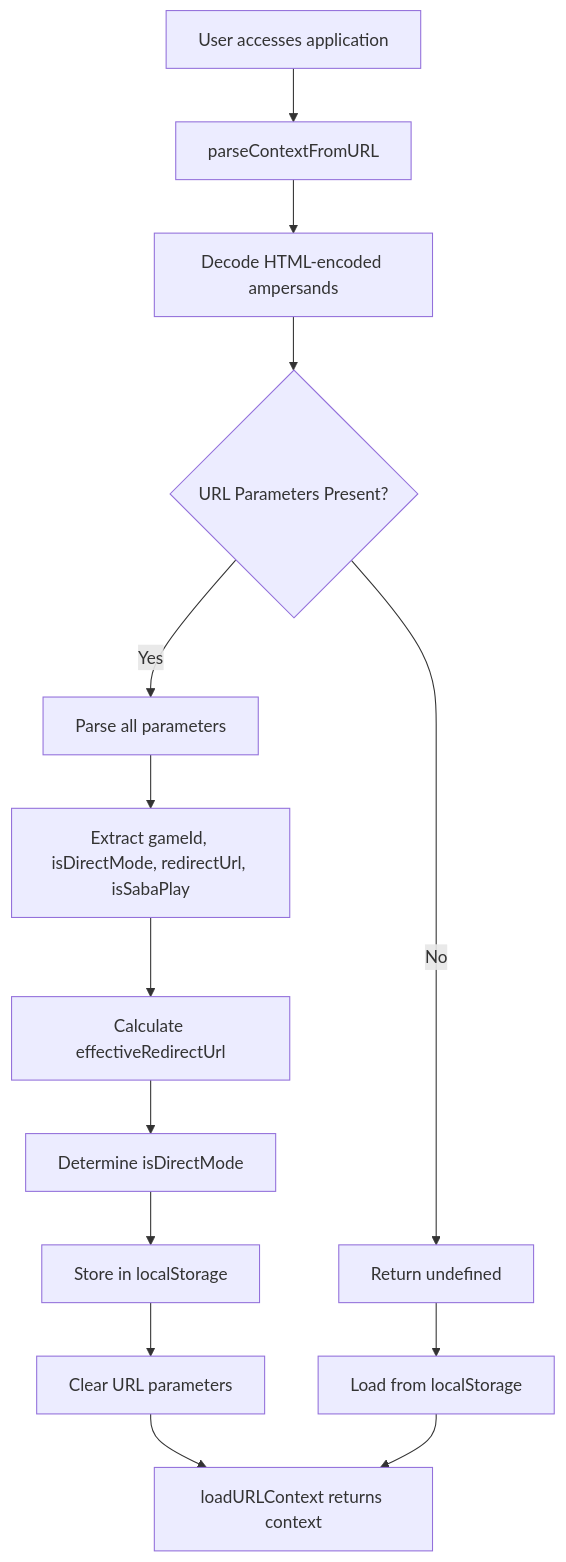
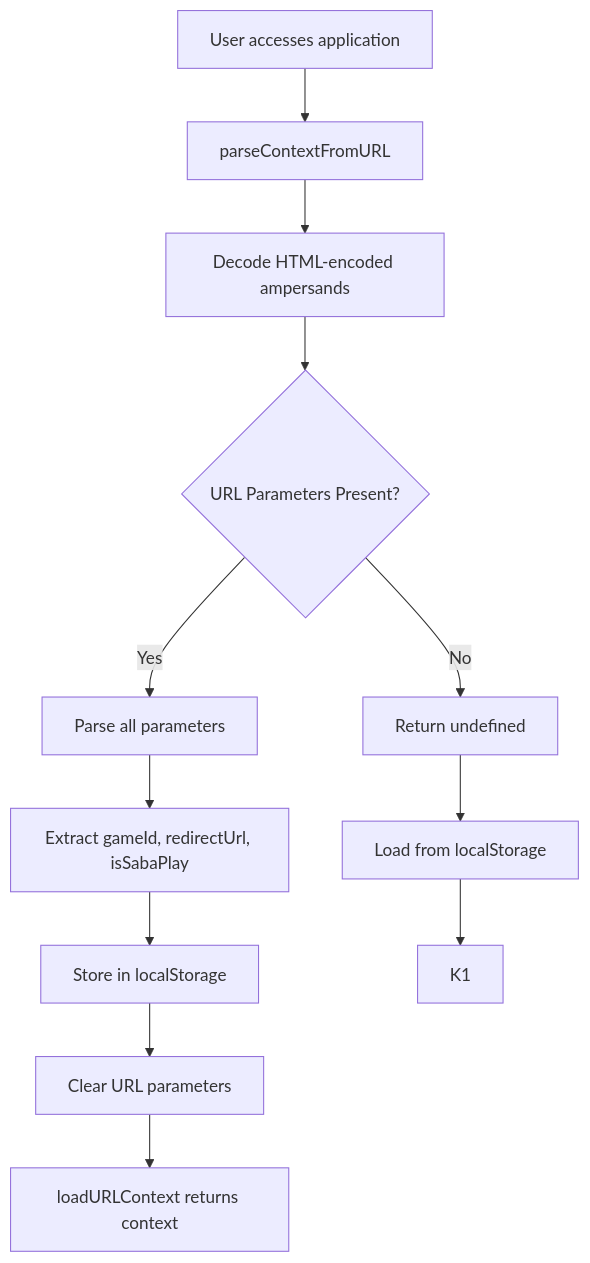
The first of 6 diagrams in docs/URL_Context_Analysis.md (starixvn/l1_game-clients_original-games-client_original-games-client-html), drawn with Mermaid before and after one commit. The commit also changed other lines of this file and 32 other files, not shown here.

Commit message:
feat: now direct mode is the default mode so remove this term

````diff
--- a/docs/URL_Context_Analysis.md
+++ b/docs/URL_Context_Analysis.md
@@ -149,18 +140,16 @@
 ```mermaid
 flowchart TD
     A1[User accesses application] --> B1[parseContextFromURL]
     B1 --> C1[Decode HTML-encoded ampersands]
     C1 --> D1{URL Parameters Present?}
     D1 -->|Yes| E1[Parse all parameters]
     D1 -->|No| F1[Return undefined]
 
-    E1 --> G1[Extract gameId, isDirectMode, redirectUrl, isSabaPlay]
-    G1 --> H1[Calculate effectiveRedirectUrl]
-    H1 --> I1[Determine isDirectMode]
-    I1 --> J1[Store in localStorage]
-    J1 --> K1[Clear URL parameters]
-    K1 --> L1[loadURLContext returns context]
+    E1 --> G1[Extract gameId, redirectUrl, isSabaPlay]
+    G1 --> H1[Store in localStorage]
+    H1 --> I1[Clear URL parameters]
+    I1 --> J1[loadURLContext returns context]
 
-    F1 --> M1[Load from localStorage]
-    M1 --> L1
+    F1 --> L1[Load from localStorage]
+    L1 --> K1
 ```
````
